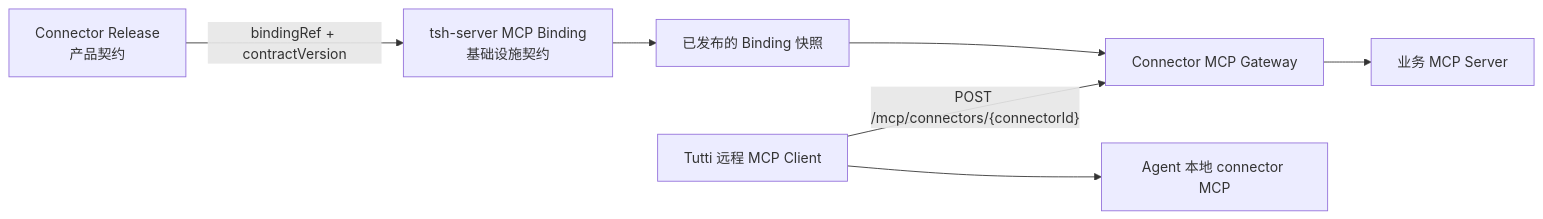
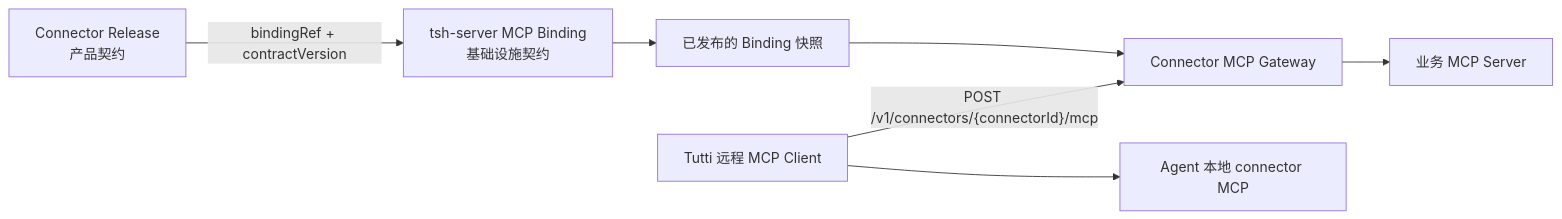
One commit to 7155/tutti changed the first of 3 diagrams in docs/architecture/connector-remote-mcp.md. Above: the diagram before and after it, drawn with Mermaid. The commit also changed other lines of this file and 10 other files, not shown here.

First line of the commit message:
fix(connector): recover runtime status and update flow (#2309)

````diff
--- a/docs/architecture/connector-remote-mcp.md
+++ b/docs/architecture/connector-remote-mcp.md
@@ -31,9 +31,9 @@
 ```mermaid
 flowchart LR
     R["Connector Release<br/>产品契约"] -->|"bindingRef + contractVersion"| B["tsh-server MCP Binding<br/>基础设施契约"]
     B --> D["已发布的 Binding 快照"]
     D --> G["Connector MCP Gateway"]
-    T["Tutti 远程 MCP Client"] -->|"POST /mcp/connectors/{connectorId}"| G
+    T["Tutti 远程 MCP Client"] -->|"POST /v1/connectors/{connectorId}/mcp"| G
     G --> U["业务 MCP Server"]
     T --> A["Agent 本地 connector MCP"]
 ```
````
